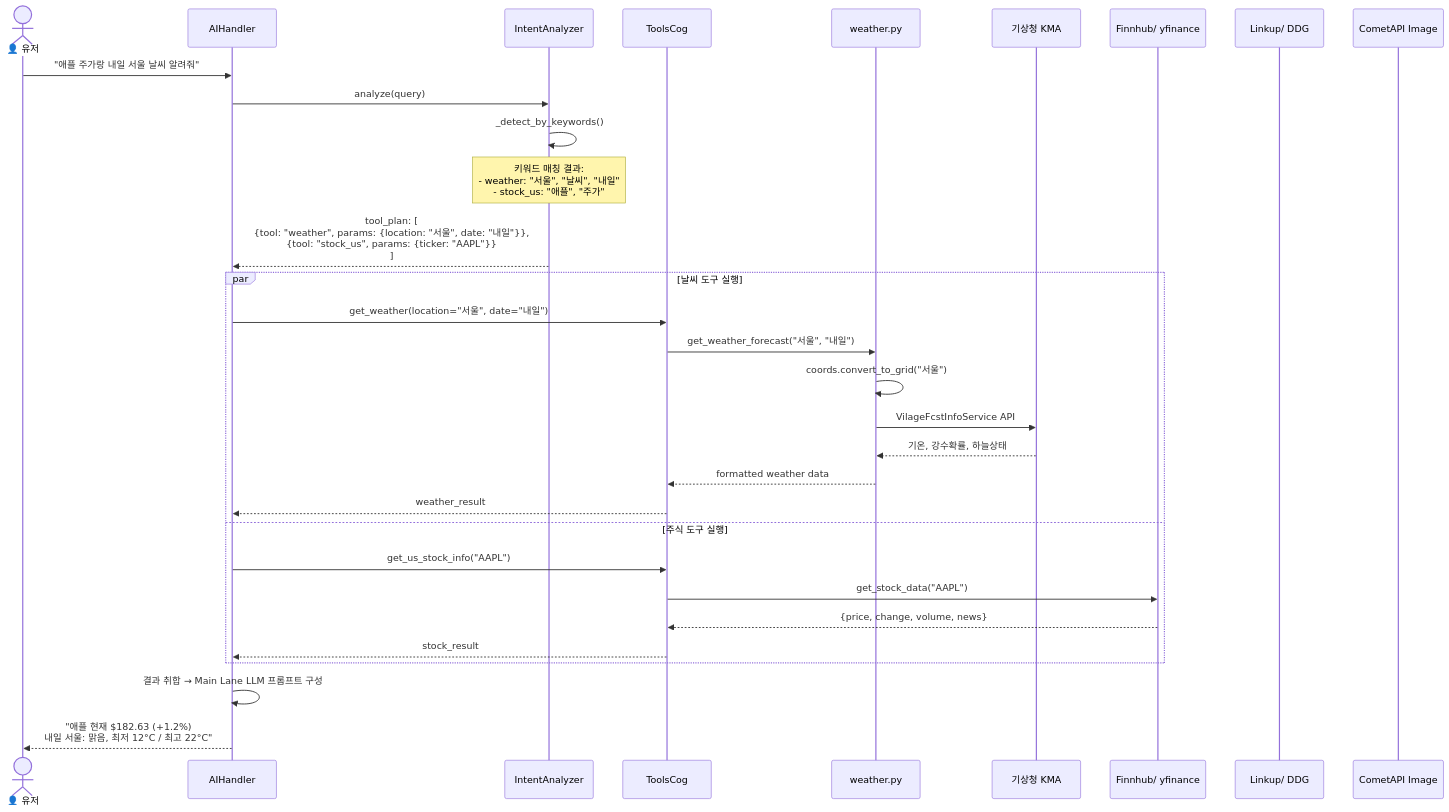
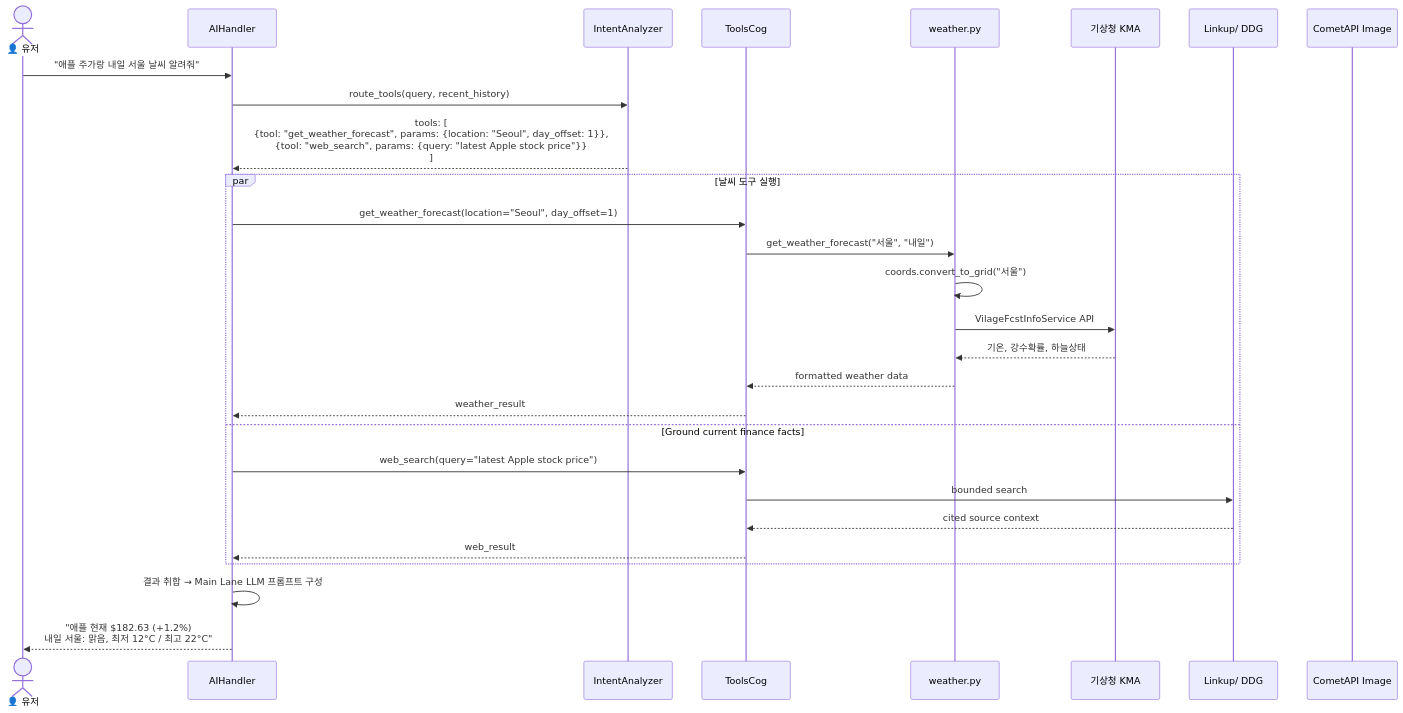
The eighth of 15 diagrams in docs/UML_SPEC.en.md (kim0040/masamong), drawn with Mermaid before and after one commit. The commit also changed other lines of this file and 30 other files, not shown here.

````diff
--- a/docs/UML_SPEC.en.md
+++ b/docs/UML_SPEC.en.md
@@ -577,38 +577,33 @@
 ```mermaid
 sequenceDiagram
     actor User as 👤 유저
     participant AI as AIHandler
     participant Intent as IntentAnalyzer
     participant Tools as ToolsCog
     participant Weather as weather.py
     participant KMA as 기상청 KMA
-    participant Finance as Finnhub/ yfinance
     participant Search as Linkup/ DDG
     participant Image as CometAPI Image
 
     User->>AI: "애플 주가랑 내일 서울 날씨 알려줘"
-    AI->>Intent: analyze(query)
-
-    Intent->>Intent: _detect_by_keywords()
-    Note over Intent: 키워드 매칭 결과:<br/>- weather: "서울", "날씨", "내일"<br/>- stock_us: "애플", "주가"
-
-    Intent-->>AI: tool_plan: [<br/>  {tool: "weather", params: {location: "서울", date: "내일"}},<br/>  {tool: "stock_us", params: {ticker: "AAPL"}}<br/>]
+    AI->>Intent: route_tools(query, recent_history)
+    Intent-->>AI: tools: [<br/>  {tool: "get_weather_forecast", params: {location: "Seoul", day_offset: 1}},<br/>  {tool: "web_search", params: {query: "latest Apple stock price"}}<br/>]
 
     par 날씨 도구 실행
-        AI->>Tools: get_weather(location="서울", date="내일")
+        AI->>Tools: get_weather_forecast(location="Seoul", day_offset=1)
         Tools->>Weather: get_weather_forecast("서울", "내일")
         Weather->>Weather: coords.convert_to_grid("서울")
         Weather->>KMA: VilageFcstInfoService API
         KMA-->>Weather: 기온, 강수확률, 하늘상태
         Weather-->>Tools: formatted weather data
         Tools-->>AI: weather_result
-    and 주식 도구 실행
-        AI->>Tools: get_us_stock_info("AAPL")
-        Tools->>Finance: get_stock_data("AAPL")
-        Finance-->>Tools: {price, change, volume, news}
-        Tools-->>AI: stock_result
+    and Ground current finance facts
+        AI->>Tools: web_search(query="latest Apple stock price")
+        Tools->>Search: bounded search
+        Search-->>Tools: cited source context
+        Tools-->>AI: web_result
     end
 
     AI->>AI: 결과 취합 → Main Lane LLM 프롬프트 구성
     AI-->>User: "애플 현재 $182.63 (+1.2%)<br/>내일 서울: 맑음, 최저 12°C / 최고 22°C"
 ```
````
